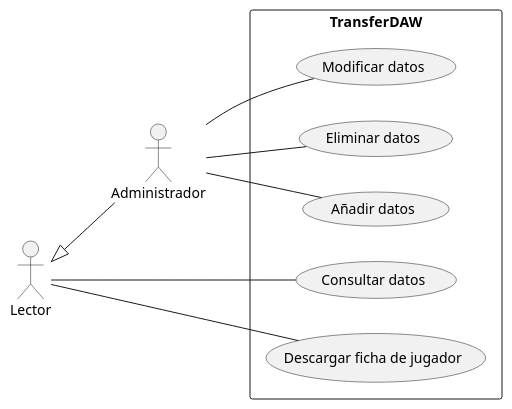
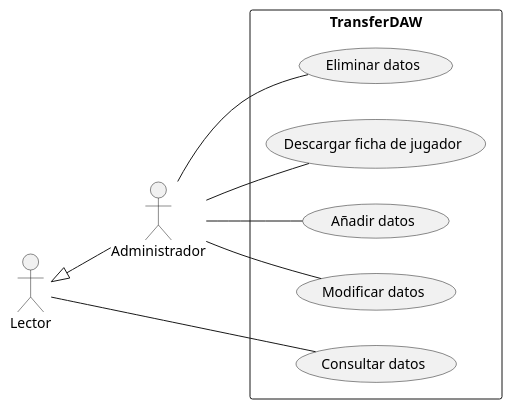
The diagram in trasnferdaw/design/diagramas/diagrama_casos_de_uso/caso_de_uso.pu (IR-Play88/TransferDAW), drawn with PlantUML before and after one commit. The commit also changed 180 other files, not shown here.

```diff
--- a/trasnferdaw/design/diagramas/diagrama_casos_de_uso/caso_de_uso.pu
+++ b/trasnferdaw/design/diagramas/diagrama_casos_de_uso/caso_de_uso.pu
@@ -1,23 +1,24 @@
 @startuml Caso de uso
 left to right direction
 
+actor "Administrador" as administrador
 actor "Lector" as lector
-actor "Administrador" as administrador
+
 
 rectangle TransferDAW {
     usecase "Consultar datos" as ver
     usecase "Descargar ficha de jugador" as descargar
     usecase "Añadir datos" as anadir
     usecase "Modificar datos" as modificar
     usecase "Eliminar datos" as eliminar
 }
 
 lector <|-- administrador
 
 lector -- ver
-lector -- descargar
+administrador -- descargar
 administrador -- anadir
 administrador -- modificar
 administrador -- eliminar
 
 @enduml
```
